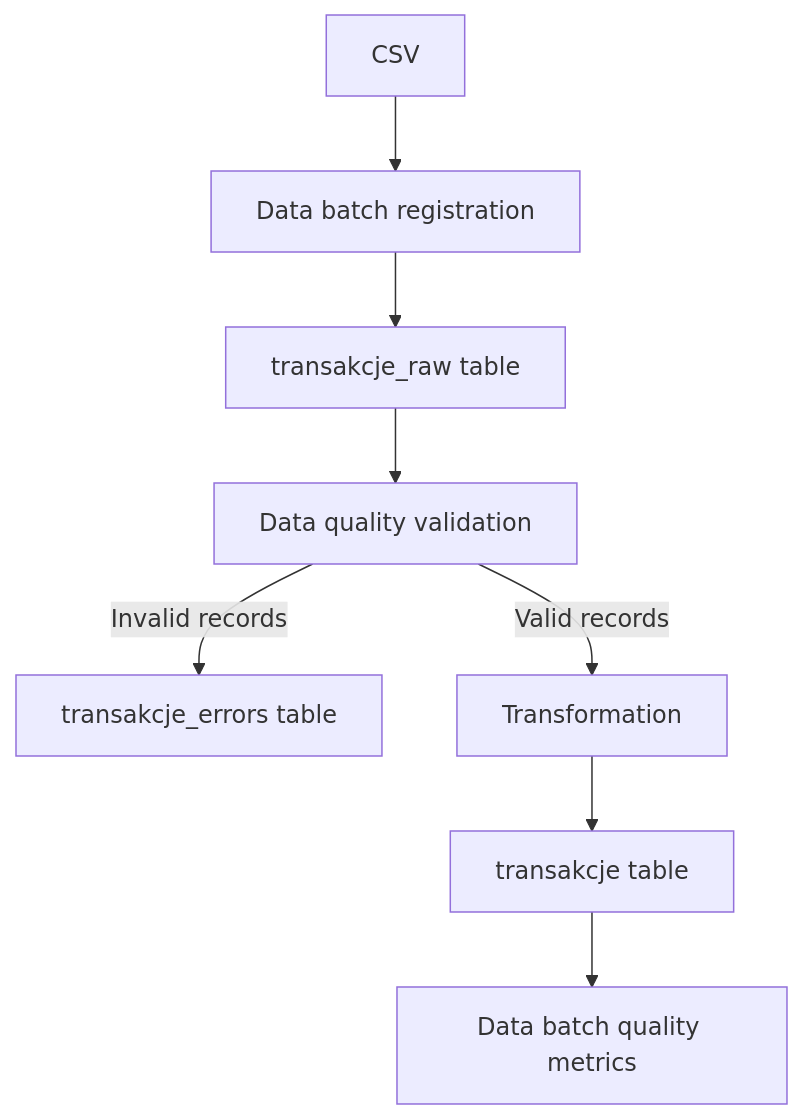
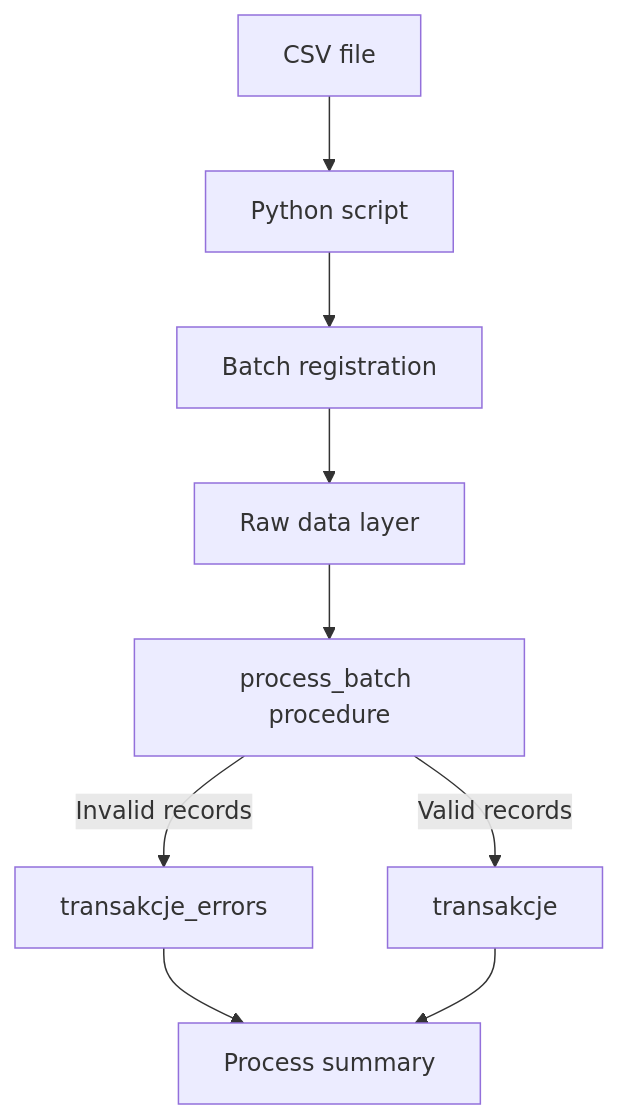
Before and after one commit to S0phrine/TransactFlow-ETL: the second of 2 diagrams in README.md, drawn with Mermaid. The commit also changed other lines of this file, not shown here.

Commit message:
Update README for Python ETL automation

````diff
--- a/README.md
+++ b/README.md
@@ -165,10 +230,11 @@
 ```mermaid
 flowchart TD
-    A["CSV"] --> B["Data batch registration"]
-    B --> C["transakcje_raw table"]
-    C --> D["Data quality validation"]
-    D -->|Invalid records| E["transakcje_errors table"]
-    D -->|Valid records| F["Transformation"]
-    F --> G["transakcje table"]
-    G --> H["Data batch quality metrics"]
+    A["CSV file"] --> B["Python script"]
+    B --> C["Batch registration"]
+    C --> D["Raw data layer"]
+    D --> E["process_batch procedure"]
+    E -->|Invalid records| F["transakcje_errors"]
+    E -->|Valid records| G["transakcje"]
+    F --> H["Process summary"]
+    G --> H
 ```
````
